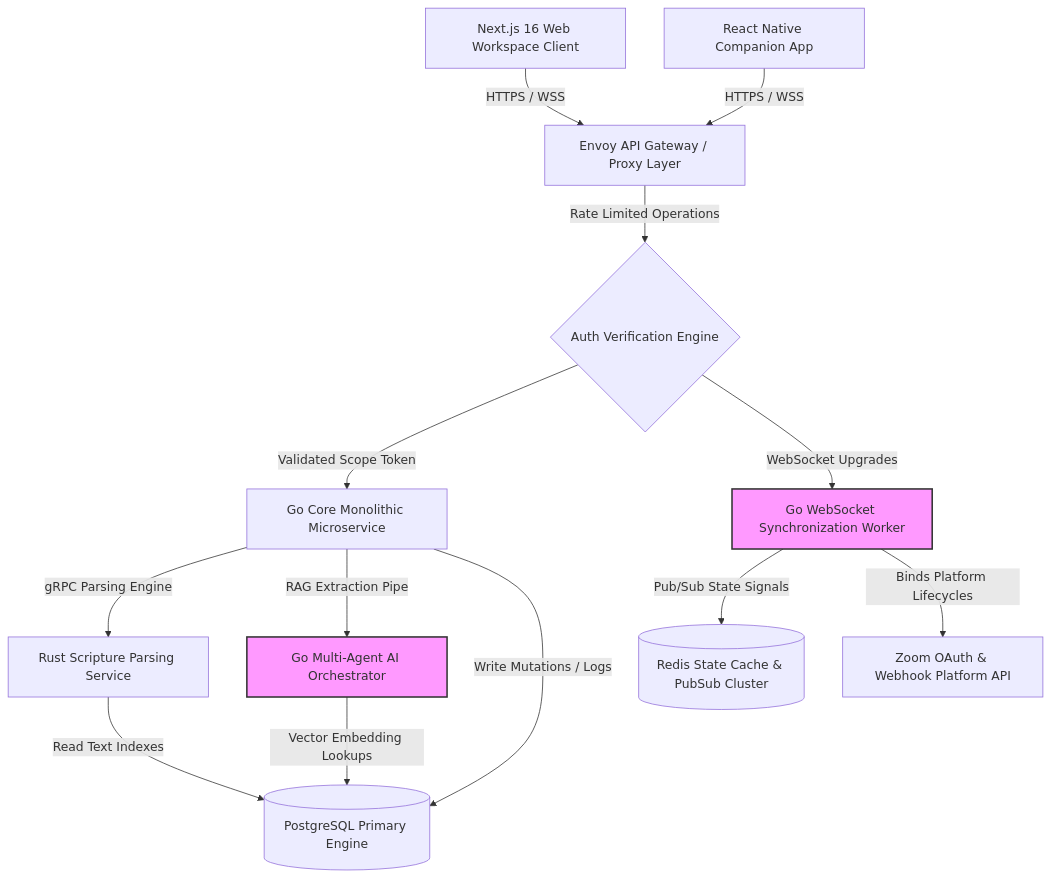
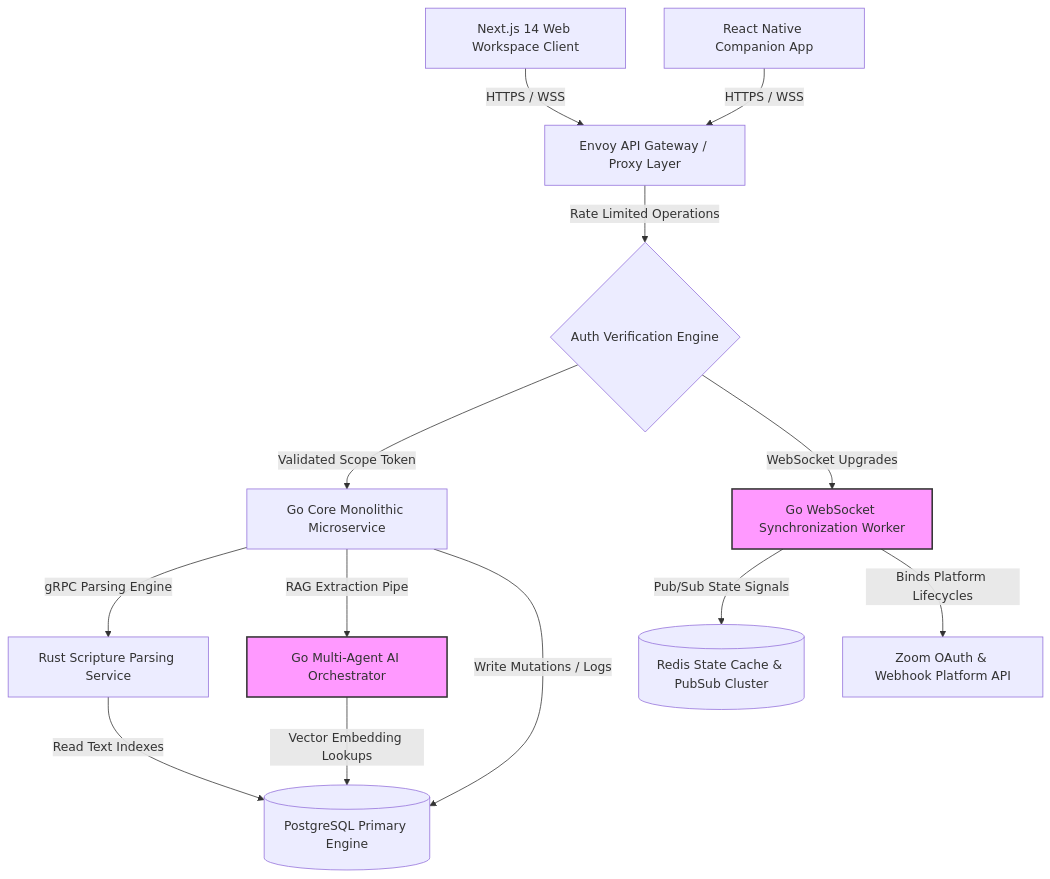
One commit to dominator509/ScriptureForgeAI changed the diagram in SF-architecture.md. Above: the diagram before and after it, drawn with Mermaid. The commit also changed other lines of this file and 2 other files, not shown here.

Commit message:
sync documented web runtime pins

````diff
--- a/SF-architecture.md
+++ b/SF-architecture.md
@@ -161,29 +161,29 @@
 ```mermaid
 graph TD
     %% Client Tier
-    WebClient[Next.js 16 Web Workspace Client] -->|HTTPS / WSS| Gateway[Envoy API Gateway / Proxy Layer]
+    WebClient[Next.js 14 Web Workspace Client] -->|HTTPS / WSS| Gateway[Envoy API Gateway / Proxy Layer]
     MobileClient[React Native Companion App] -->|HTTPS / WSS| Gateway
 
     %% Gateway Layer
     Gateway -->|Rate Limited Operations| AuthMiddleware{Auth Verification Engine}
     
     %% Service Infrastructure Tier (Go Core)
     AuthMiddleware -->|Validated Scope Token| CoreAPI[Go Core Monolithic Microservice]
     AuthMiddleware -->|WebSocket Upgrades| LiveSync[Go WebSocket Synchronization Worker]
     
     %% Compute / AI Engine Tier
     CoreAPI -->|gRPC Parsing Engine| ScriptureRust[Rust Scripture Parsing Service]
     CoreAPI -->|RAG Extraction Pipe| AIOrchestrator[Go Multi-Agent AI Orchestrator]
     
     %% Synchronization Infrastructure
     LiveSync -->|Pub/Sub State Signals| RedisCluster[(Redis State Cache & PubSub Cluster)]
     LiveSync -->|Binds Platform Lifecycles| ZoomPlatform[Zoom OAuth & Webhook Platform API]
 
     %% Storage Core
     ScriptureRust -->|Read Text Indexes| PostgresDB[(PostgreSQL Primary Engine)]
     AIOrchestrator -->|Vector Embedding Lookups| PostgresDB
     CoreAPI -->|Write Mutations / Logs| PostgresDB
     
     classDef focus fill:#f9f,stroke:#333,stroke-width:2px;
     class AIOrchestrator,LiveSync focus;
 ```
````
